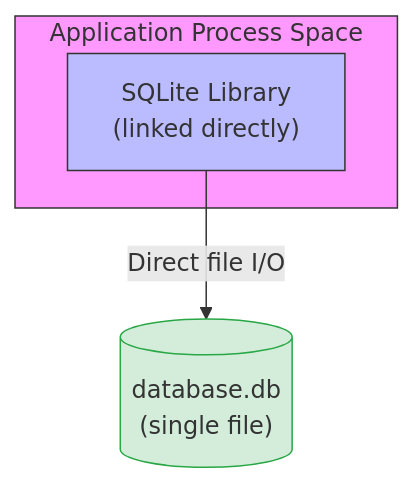
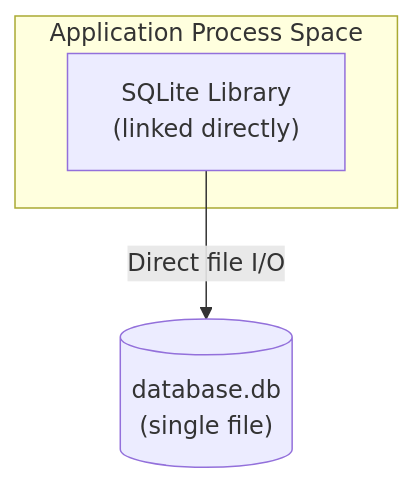
One commit to KnightKnight27/scaler-Adv-DBMS changed the second of 4 diagrams in System_Design_Docs/postgresql-vs-sqlite/README.md. Above: the diagram before and after it, drawn with Mermaid. The commit also changed other lines of this file and 3 other files, not shown here.

Commit message:
chore: change styling for diagrams

````diff
--- a/System_Design_Docs/postgresql-vs-sqlite/README.md
+++ b/System_Design_Docs/postgresql-vs-sqlite/README.md
@@ -47,11 +39,7 @@
 ```mermaid
 graph TD
     subgraph Application [Application Process Space]
         SQL["SQLite Library<br>(linked directly)"]
     end
     SQL -->|Direct file I/O| DB[("database.db<br>(single file)")]
-
-    style Application fill:#f9f,stroke:#333,stroke-width:1px
-    style SQL fill:#bbf,stroke:#333,stroke-width:1px
-    style DB fill:#d4edda,stroke:#28a745,stroke-width:1px
 ```
````
